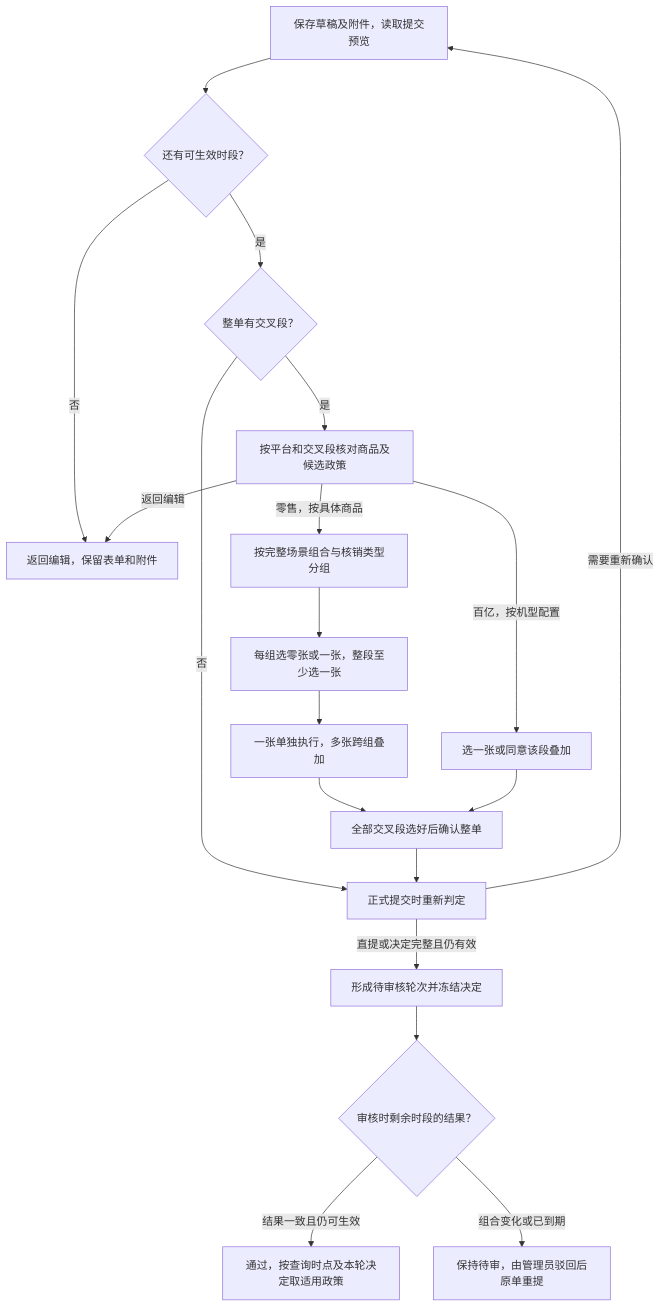
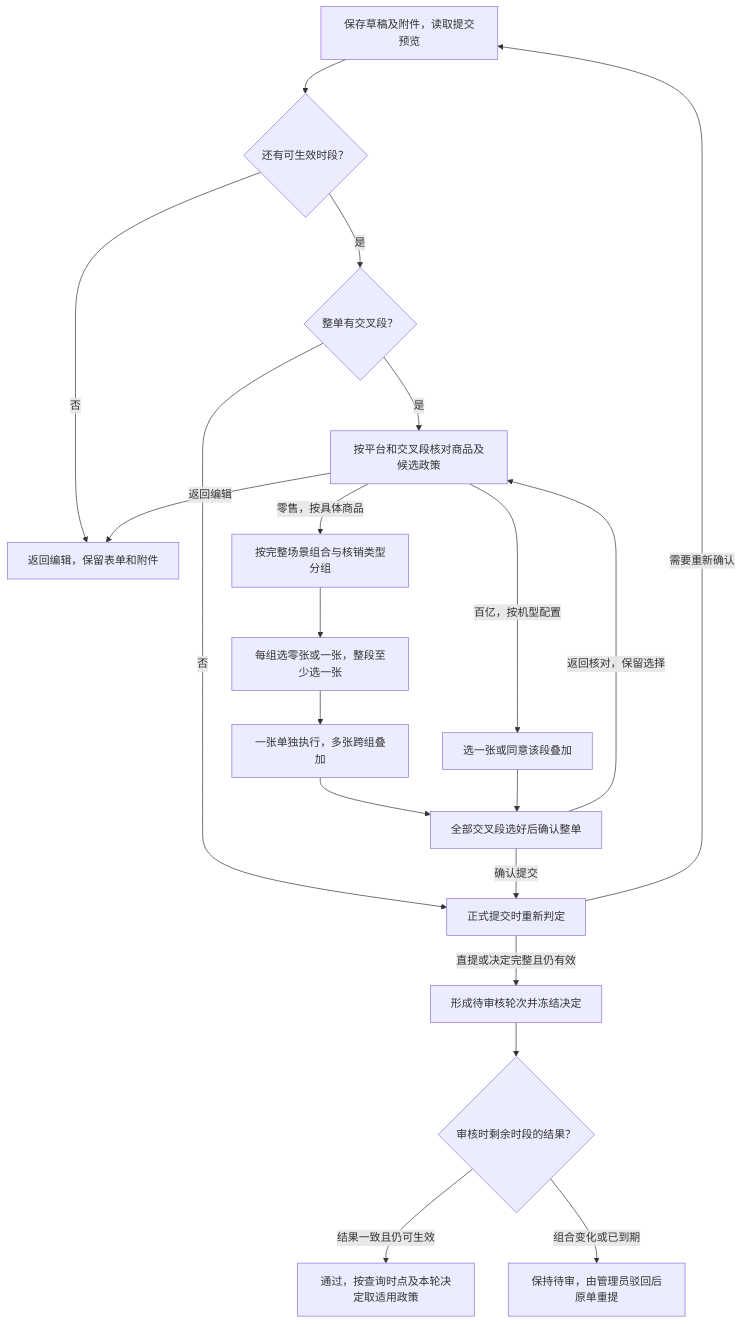
One commit to szhi1488/differentiated-policy changed the diagram in docs/business/override-engine.md. Above: the diagram before and after it, drawn with Mermaid. The commit also changed other lines of this file and 108 other files, not shown here.

````diff
--- a/docs/business/override-engine.md
+++ b/docs/business/override-engine.md
@@ -53,21 +76,22 @@
 ```mermaid
 flowchart TD
     A[保存草稿及附件，读取提交预览] --> B{还有可生效时段？}
     B -->|否| E[返回编辑，保留表单和附件]
     B -->|是| C{整单有交叉段？}
     C -->|否| S[正式提交时重新判定]
     C -->|是| D[按平台和交叉段核对商品及候选政策]
     D -->|零售，按具体商品| G[按完整场景组合与核销类型分组]
     G --> H[每组选零张或一张，整段至少选一张]
     H --> T[一张单独执行，多张跨组叠加]
     D -->|百亿，按机型配置| U[选一张或同意该段叠加]
     T --> V[全部交叉段选好后确认整单]
     U --> V
-    V --> S
+    V -->|确认提交| S
+    V -->|返回核对，保留选择| D
     D -->|返回编辑| E
     S -->|需要重新确认| A
     S -->|直提或决定完整且仍有效| P[形成待审核轮次并冻结决定]
     P --> R{审核时剩余时段的结果？}
     R -->|结果一致且仍可生效| F[通过，按查询时点及本轮决定取适用政策]
     R -->|组合变化或已到期| J[保持待审，由管理员驳回后原单重提]
 ```
````
